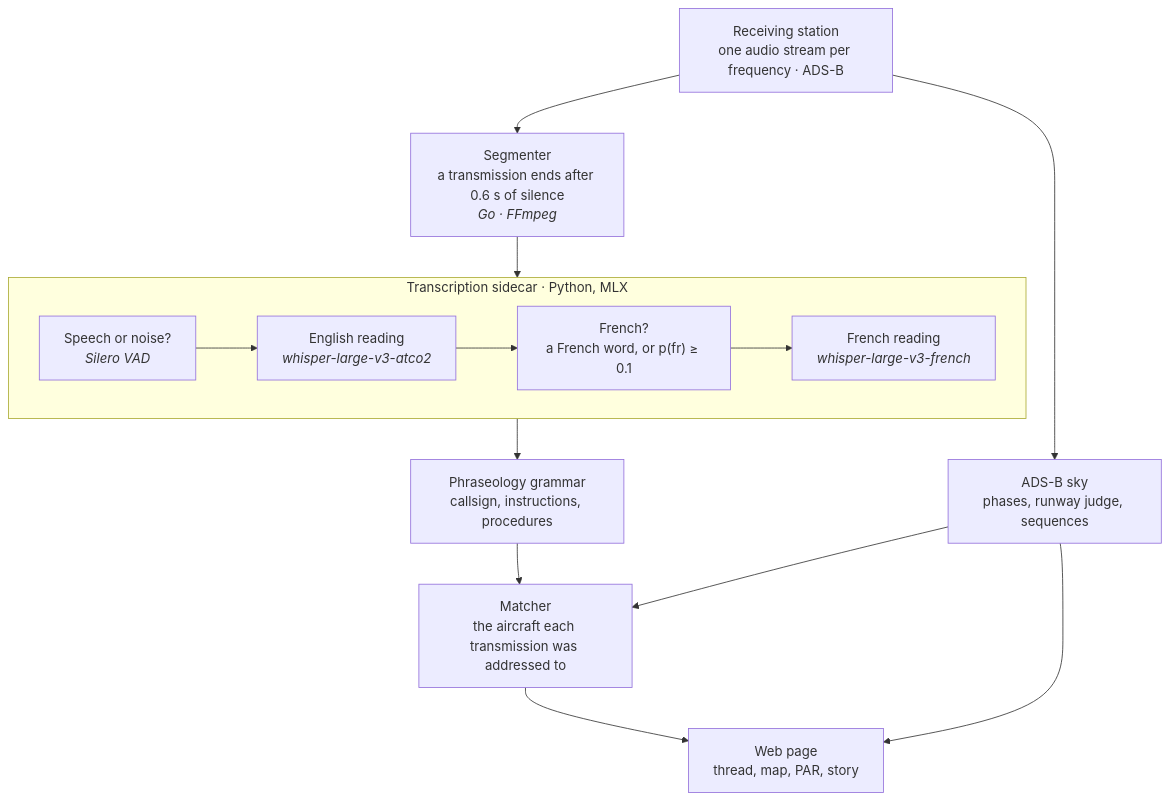
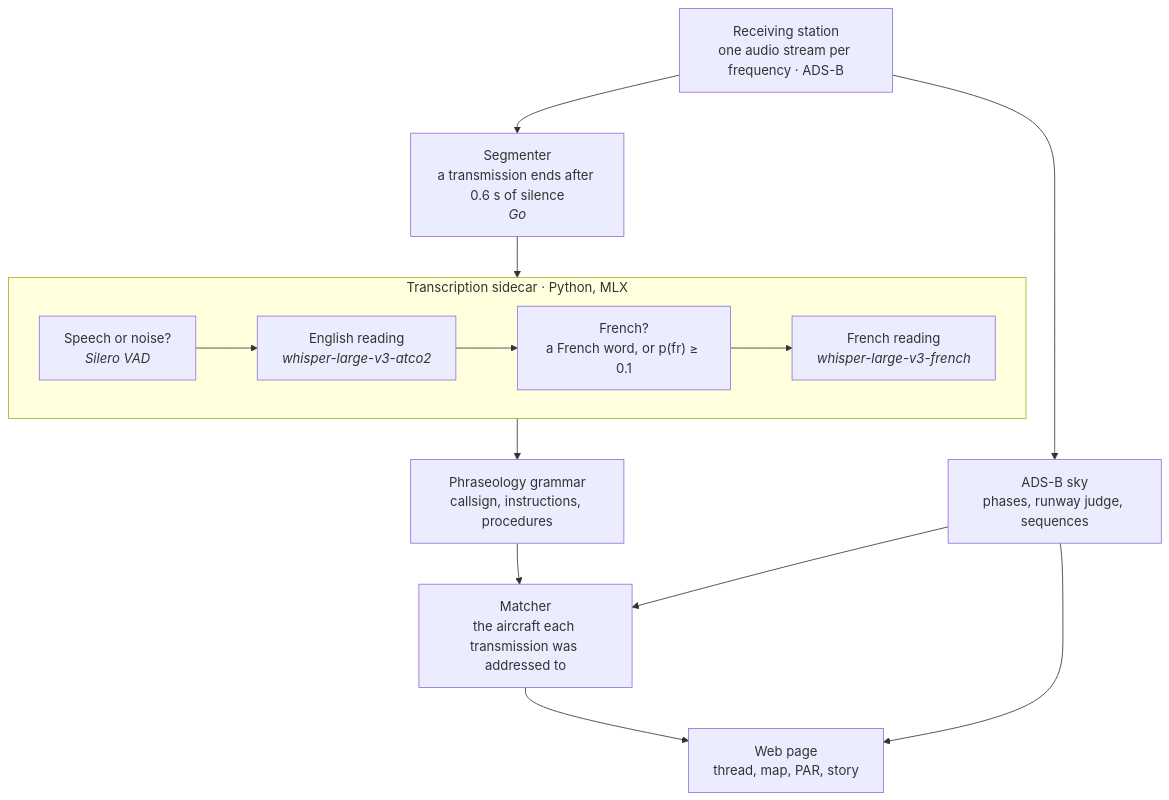
One commit to chatelp/clairance changed the diagram in README.md. Above: the diagram before and after it, drawn with Mermaid. The commit also changed other lines of this file and 6 other files, not shown here.

````diff
--- a/README.md
+++ b/README.md
@@ -327,19 +327,19 @@
 ```mermaid
 flowchart TD
   station["Receiving station<br/>one audio stream per frequency · ADS-B"]
-  seg["Segmenter<br/>a transmission ends after 0.6 s of silence<br/><i>Go · FFmpeg</i>"]
+  seg["Segmenter<br/>a transmission ends after 0.6 s of silence<br/><i>Go</i>"]
   subgraph sidecar["Transcription sidecar · Python, MLX"]
     direction LR
     vad["Speech or noise?<br/><i>Silero VAD</i>"] --> en["English reading<br/><i>whisper-large-v3-atco2</i>"]
     en --> gate["French?<br/>a French word, or p(fr) ≥ 0.1"]
     gate --> fr["French reading<br/><i>whisper-large-v3-french</i>"]
   end
   grammar["Phraseology grammar<br/>callsign, instructions, procedures"]
   sky["ADS-B sky<br/>phases, runway judge, sequences"]
   matcher["Matcher<br/>the aircraft each transmission was addressed to"]
   page["Web page<br/>thread, map, PAR, story"]
   station --> seg --> sidecar --> grammar --> matcher
   station --> sky --> matcher
   matcher --> page
   sky --> page
 ```
````
